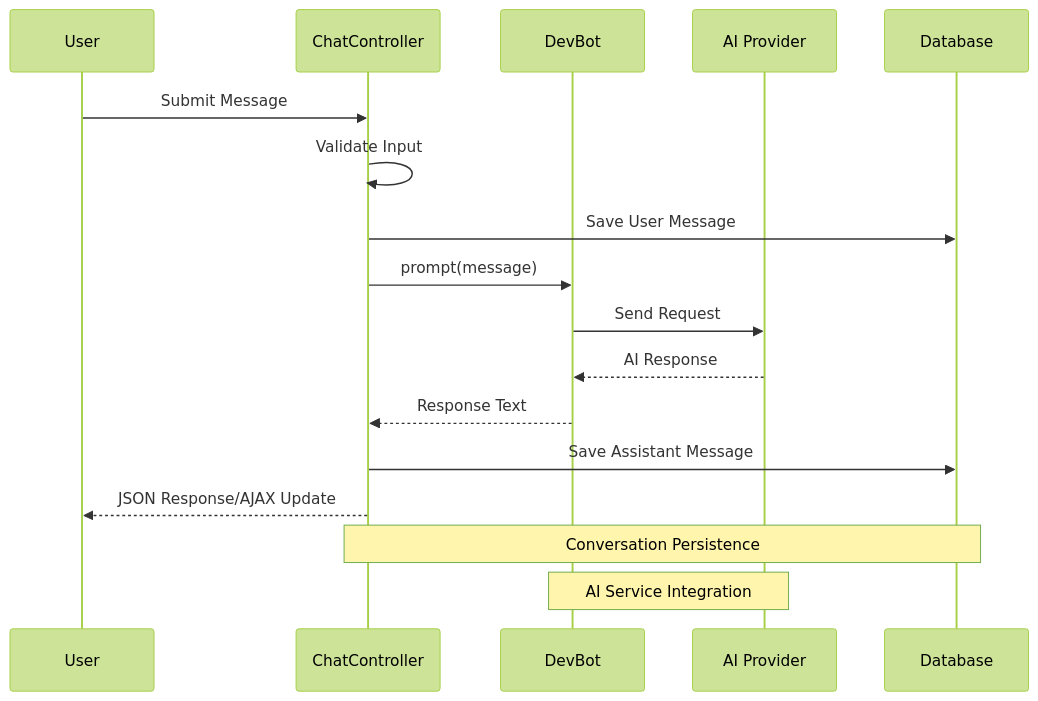
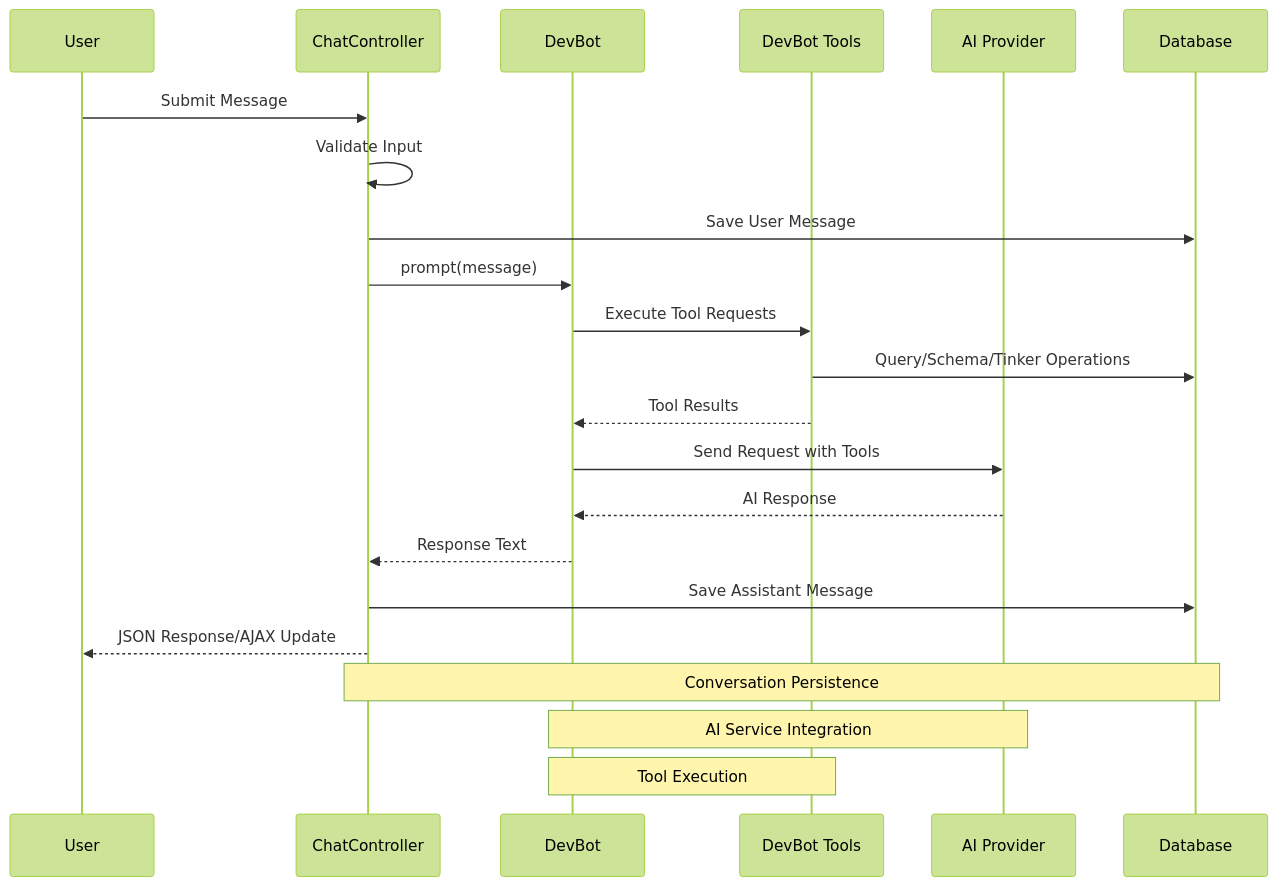
One commit to siimliimand/laravel-assistant changed the fifth of 9 diagrams in .qoder/repowiki/en/content/Frontend Development/Chat Interface System.md. Above: the diagram before and after it, drawn with Mermaid (forest theme). The commit also changed other lines of this file and 4 other files, not shown here.

First line of the commit message:
docs(agent): document comprehensive MCP tool integration in DevBot AI agent system

````diff
--- a/.qoder/repowiki/en/content/Frontend Development/Chat Interface System.md
+++ b/.qoder/repowiki/en/content/Frontend Development/Chat Interface System.md
@@ -249,19 +272,24 @@
 ```mermaid
 sequenceDiagram
 participant User as User
 participant Controller as ChatController
 participant Agent as DevBot
+participant Tools as DevBot Tools
 participant Provider as AI Provider
 participant Database as Database
 User->>Controller : Submit Message
 Controller->>Controller : Validate Input
 Controller->>Database : Save User Message
 Controller->>Agent : prompt(message)
-Agent->>Provider : Send Request
+Agent->>Tools : Execute Tool Requests
+Tools->>Database : Query/Schema/Tinker Operations
+Tools-->>Agent : Tool Results
+Agent->>Provider : Send Request with Tools
 Provider-->>Agent : AI Response
 Agent-->>Controller : Response Text
 Controller->>Database : Save Assistant Message
 Controller-->>User : JSON Response/AJAX Update
 Note over Controller,Database : Conversation Persistence
 Note over Agent,Provider : AI Service Integration
+Note over Agent,Tools : Tool Execution
 ```
````
